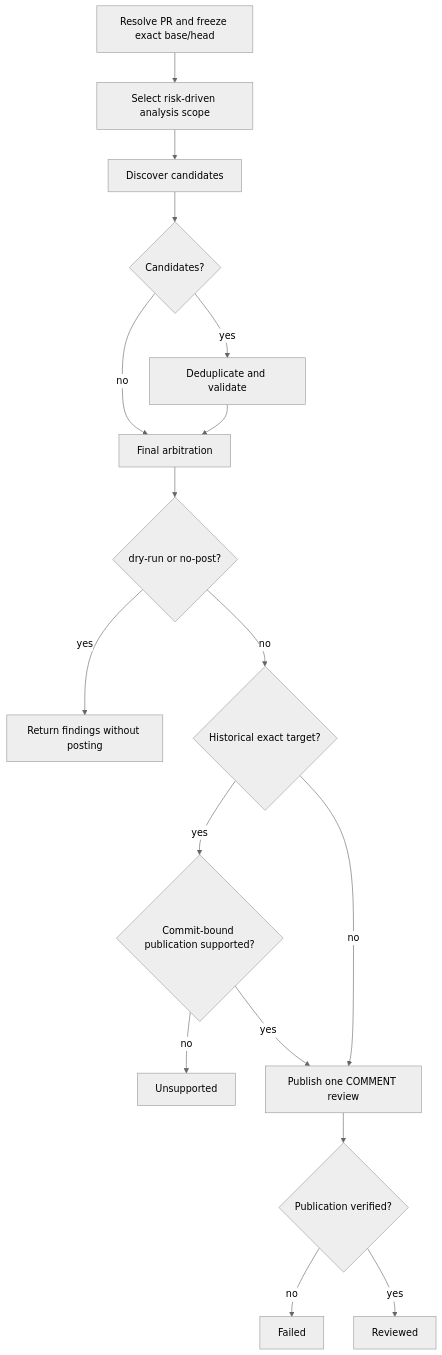
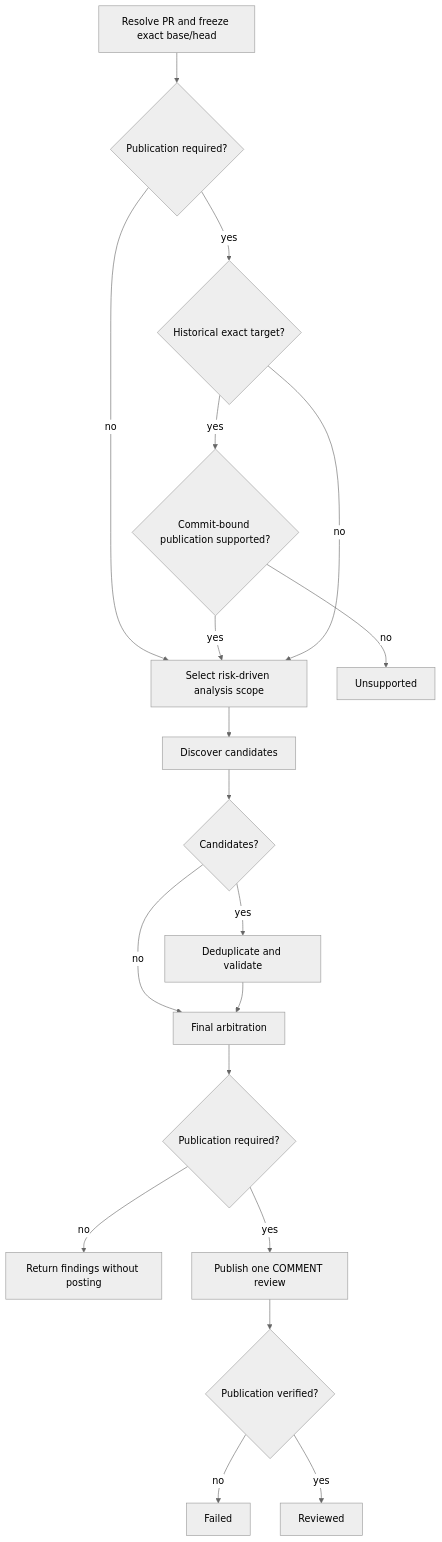
One commit to dceoy/pr-loop changed the diagram in skills/pr-review/SKILL.md. Above: the diagram before and after it, drawn with Mermaid (neutral theme).

Commit message:
Align review flow with publication contract

````diff
--- a/skills/pr-review/SKILL.md
+++ b/skills/pr-review/SKILL.md
@@ -37,19 +37,21 @@
 ```mermaid
 flowchart TD
-  A[Resolve PR and freeze exact base/head] --> D[Select risk-driven analysis scope]
+  A[Resolve PR and freeze exact base/head] --> B{Publication required?}
+  B -->|no| D[Select risk-driven analysis scope]
+  B -->|yes| C{Historical exact target?}
+  C -->|yes| P{Commit-bound publication supported?}
+  P -->|no| U[Unsupported]
+  P -->|yes| D
+  C -->|no| D
   D --> E[Discover candidates]
   E --> F{Candidates?}
   F -->|yes| G[Deduplicate and validate]
   F -->|no| H[Clean arbitration]
   G --> H[Final arbitration]
-  H --> I{dry-run or no-post?}
-  I -->|yes| R[Return findings without posting]
-  I -->|no| B{Historical exact target?}
-  B -->|yes| C{Commit-bound publication supported?}
-  C -->|no| U[Unsupported]
-  C -->|yes| J[Publish one COMMENT review]
-  B -->|no| J
+  H --> I{Publication required?}
+  I -->|no| R[Return findings without posting]
+  I -->|yes| J[Publish one COMMENT review]
   J --> K{Publication verified?}
   K -->|no| X[Failed]
   K -->|yes| Z[Reviewed]
 ```
````
